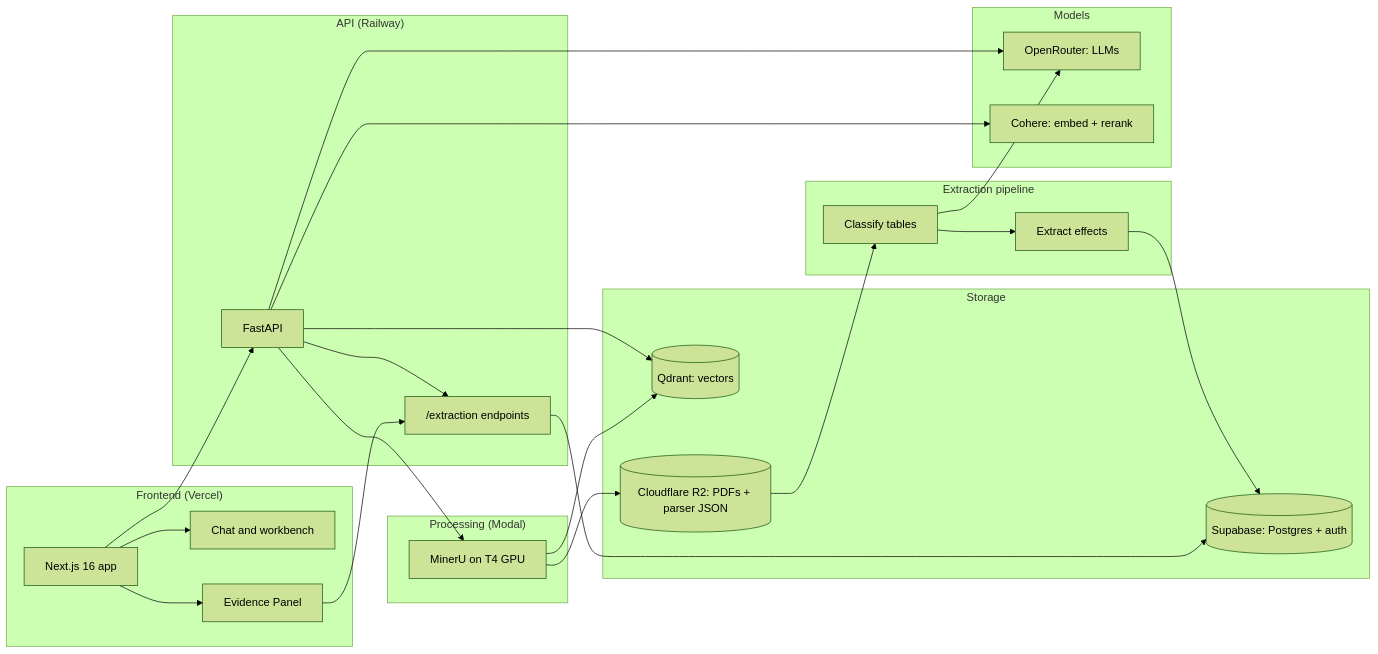
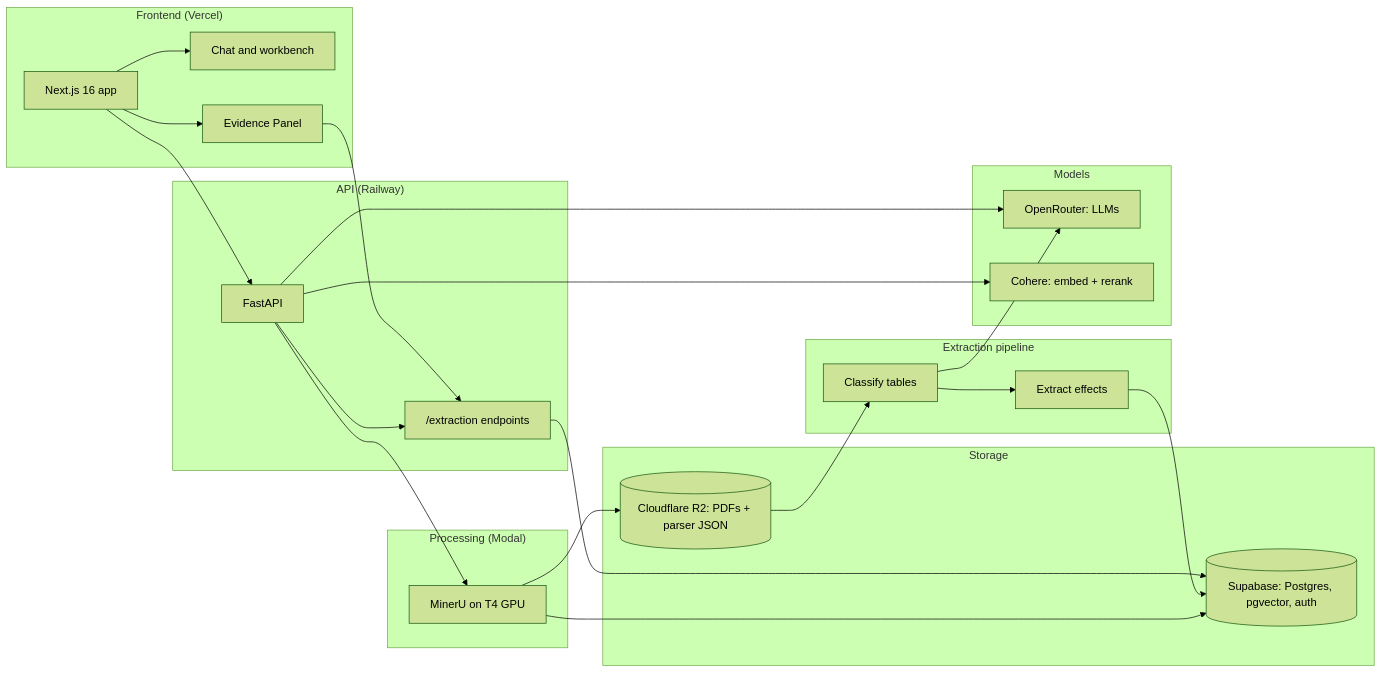
Before and after one commit to lsempe77/3ie-evidence-assistant: the diagram in README.md, drawn with Mermaid (forest theme). The commit also changed other lines of this file and 47 other files, not shown here.

First line of the commit message:
feat: finish removing Qdrant (Modal, scripts, frontend, schema, dependencies)

````diff
--- a/README.md
+++ b/README.md
@@ -109,43 +110,41 @@
 ```mermaid
 graph LR
     subgraph Frontend["Frontend (Vercel)"]
         A[Next.js 16 app] --> U[Chat and workbench]
         A --> V[Evidence Panel]
     end
 
     subgraph API["API (Railway)"]
         C[FastAPI] --> X["/extraction endpoints"]
     end
 
     subgraph Processing["Processing (Modal)"]
         E[MinerU on T4 GPU]
     end
 
     subgraph Extraction["Extraction pipeline"]
         Q[Classify tables] --> S[Extract effects]
     end
 
     subgraph Storage
-        G[(Qdrant: vectors)]
-        I[(Supabase: Postgres + auth)]
+        I[(Supabase: Postgres, pgvector, auth)]
         K[(Cloudflare R2: PDFs + parser JSON)]
     end
 
     subgraph Models
         M[OpenRouter: LLMs]
         O[Cohere: embed + rerank]
     end
 
     A --> C
-    C --> G
     C --> M
     C --> O
     C --> E
     E --> K
-    E --> G
+    E --> I
     K --> Q
     Q --> M
     S --> I
     X --> I
     V --> X
 ```
````
